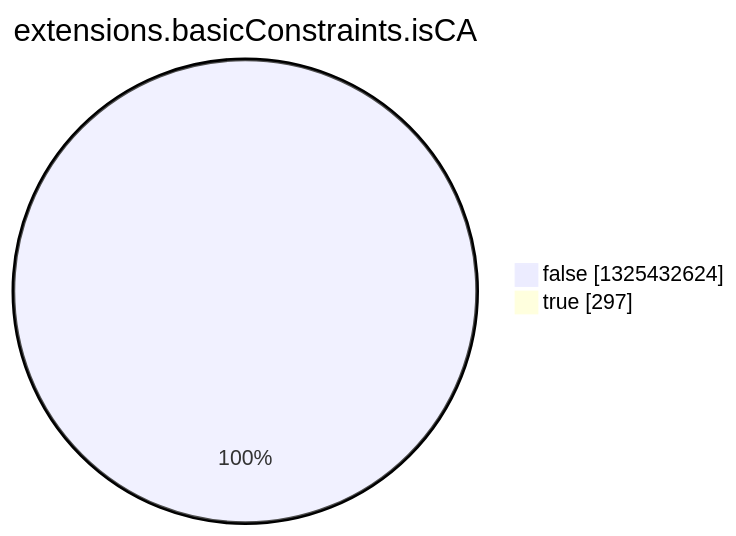
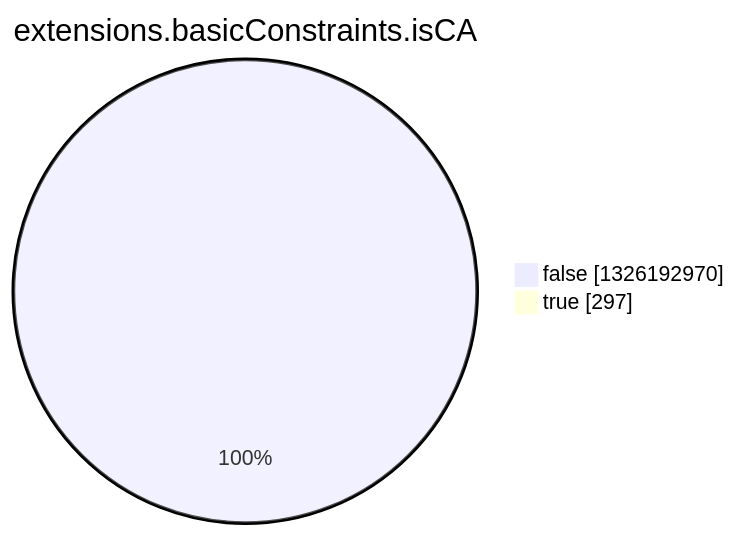
Before and after one commit to christiankrug/ctmonitor_visualization: the eighth of 15 diagrams in argon2022/README.md, drawn with Mermaid. The commit also changed other lines of this file, not shown here.

````diff
--- a/argon2022/README.md
+++ b/argon2022/README.md
@@ -2758,6 +2758,6 @@
 ```mermaid
 pie showData
 title extensions.basicConstraints.isCA
-"false" :1325432624
+"false" :1326192970
 "true" :297
 ```
````
